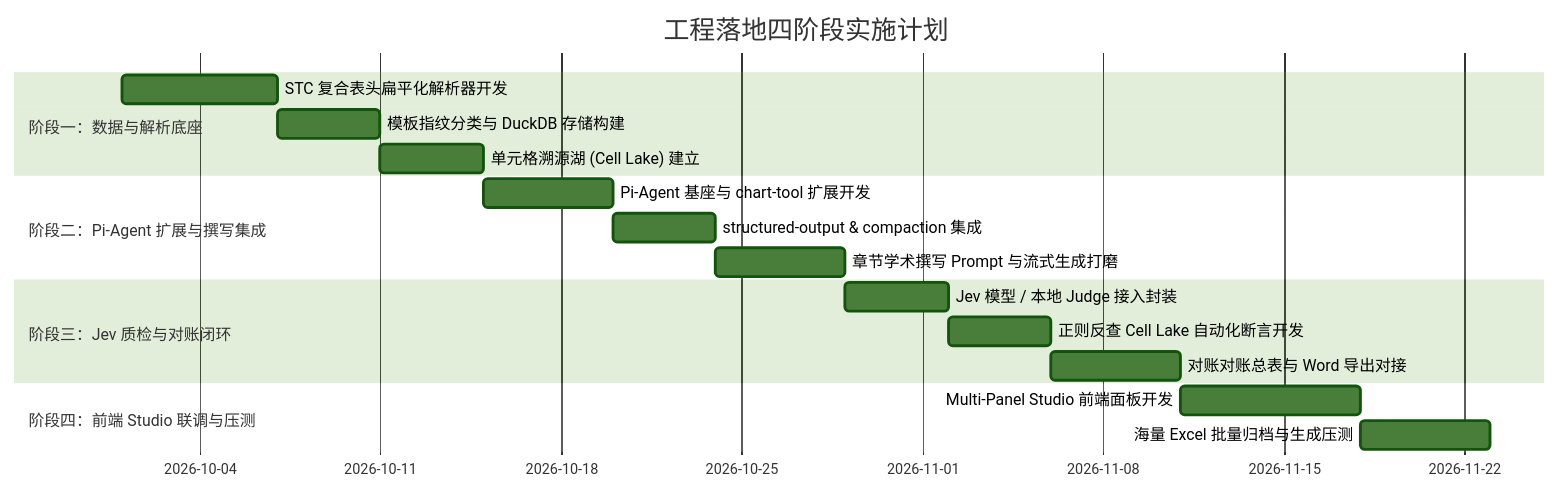
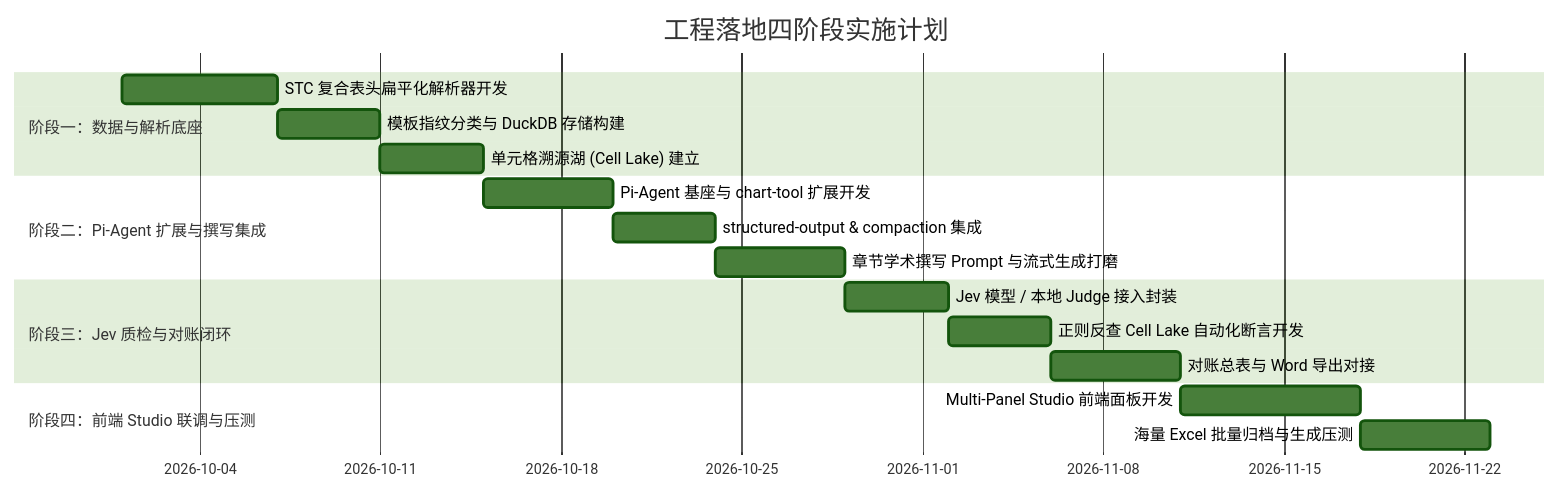
The third of 3 diagrams in excel_report_agent_system_architecture.md (yvemiz/excel_report_version2), drawn with Mermaid (forest theme) before and after one commit. The commit also changed other lines of this file and 3 other files, not shown here.

````diff
--- a/excel_report_agent_system_architecture.md
+++ b/excel_report_agent_system_architecture.md
@@ -252,23 +316,23 @@
 ```mermaid
 gantt
     title 工程落地四阶段实施计划
     dateFormat  YYYY-MM-DD
     section 阶段一：数据与解析底座
     STC 复合表头扁平化解析器开发       :a1, 2026-10-01, 6d
     模板指纹分类与 DuckDB 存储构建     :a2, after a1, 4d
     单元格溯源湖 (Cell Lake) 建立     :a3, after a2, 4d
 
     section 阶段二：Pi-Agent 扩展与撰写集成
     Pi-Agent 基座与 chart-tool 扩展开发:b1, 2026-10-15, 5d
     structured-output & compaction 集成:b2, after b1, 4d
     章节学术撰写 Prompt 与流式生成打磨 :b3, after b2, 5d
 
     section 阶段三：Jev 质检与对账闭环
     Jev 模型 / 本地 Judge 接入封装     :c1, 2026-10-29, 4d
     正则反查 Cell Lake 自动化断言开发  :c2, after c1, 4d
-    对账对账总表与 Word 导出对接       :c3, after c2, 5d
+    对账总表与 Word 导出对接           :c3, after c2, 5d
 
     section 阶段四：前端 Studio 联调与压测
     Multi-Panel Studio 前端面板开发   :d1, 2026-11-11, 7d
     海量 Excel 批量归档与生成压测      :d2, after d1, 5d
 ```
````
